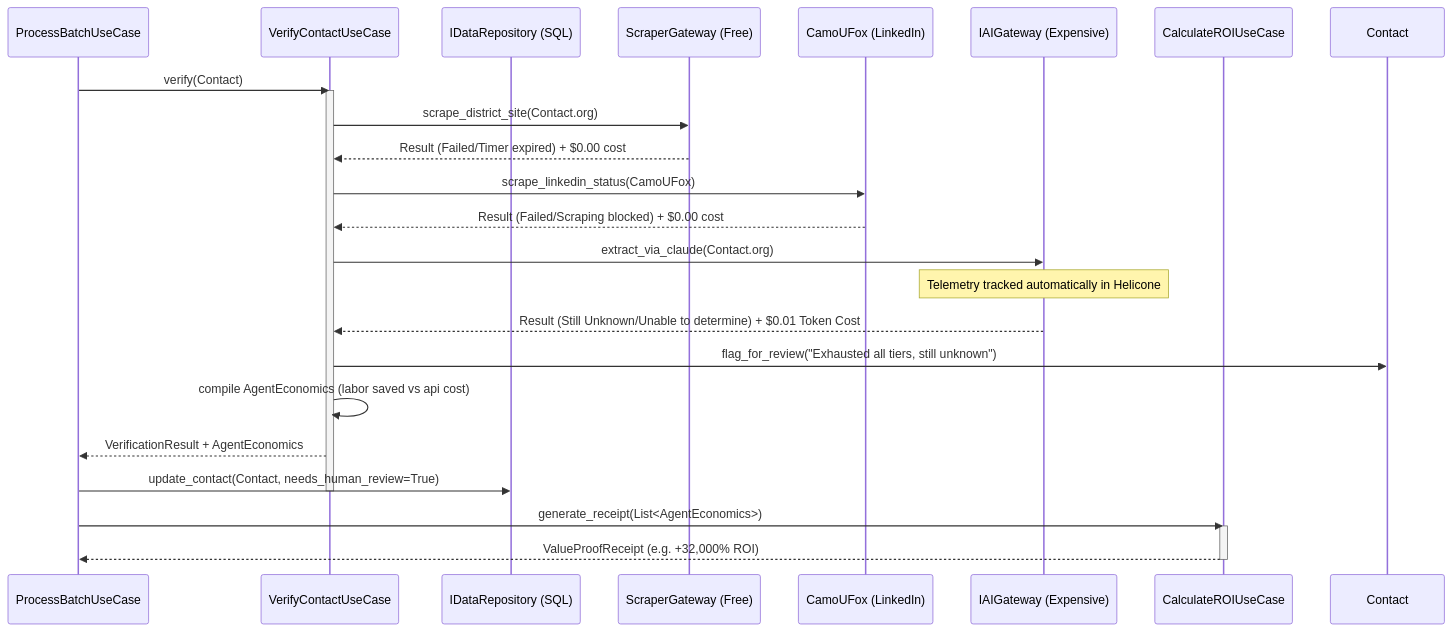
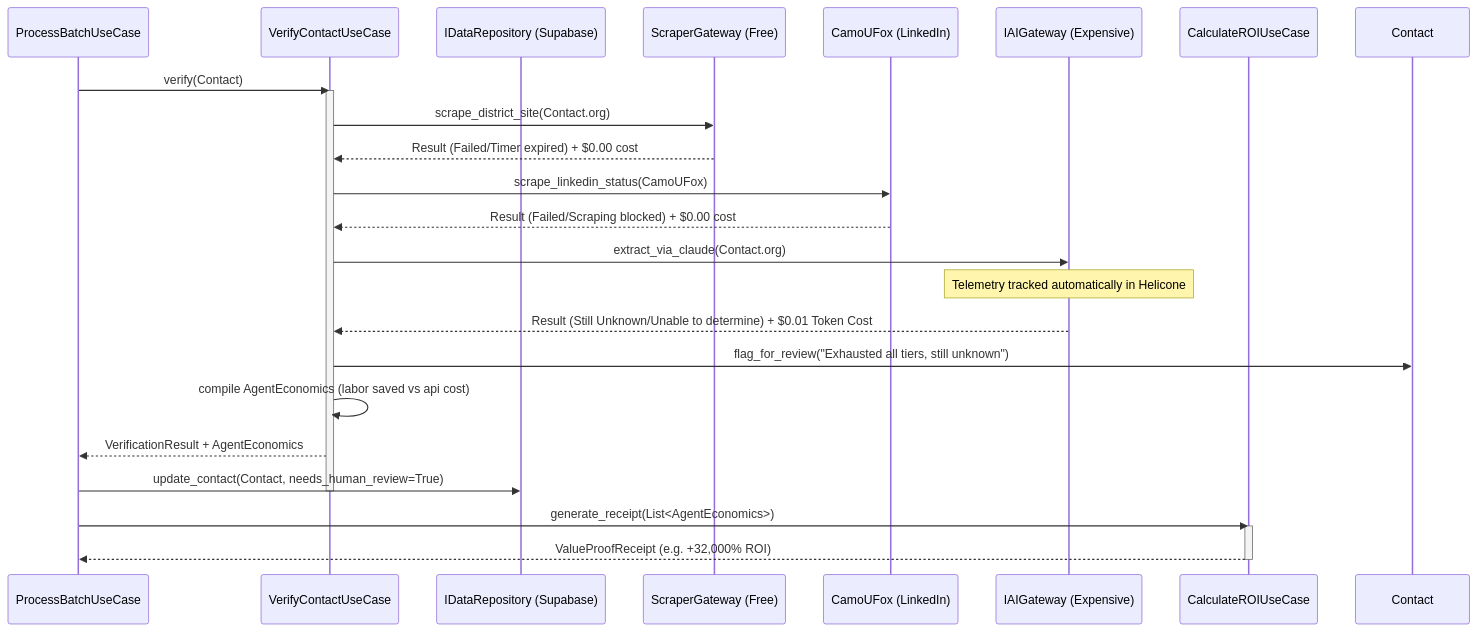
Before and after one commit to 0-robert/com-winner: the fourth of 4 diagrams in PROPOSED_architecture.md, drawn with Mermaid. The commit also changed other lines of this file and 52 other files, not shown here.

````diff
--- a/PROPOSED_architecture.md
+++ b/PROPOSED_architecture.md
@@ -190,40 +189,40 @@
 ```mermaid
 sequenceDiagram
     participant Batch as ProcessBatchUseCase
     participant Verify as VerifyContactUseCase
-    participant DB as IDataRepository (SQL)
+    participant DB as IDataRepository (Supabase)
     participant Tier1 as ScraperGateway (Free)
     participant Tier2 as CamoUFox (LinkedIn)
     participant Tier3 as IAIGateway (Expensive)
     participant ROI as CalculateROIUseCase
     
     Batch->>Verify: verify(Contact)
     activate Verify
     
     %% Cost-Aware Routing: Tier 1
     Verify->>Tier1: scrape_district_site(Contact.org)
     Tier1-->>Verify: Result (Failed/Timer expired) + $0.00 cost
     
     %% Cost-Aware Routing: Tier 2
     Verify->>Tier2: scrape_linkedin_status(CamoUFox)
     Tier2-->>Verify: Result (Failed/Scraping blocked) + $0.00 cost
         
     %% Cost-Aware Routing: Tier 3
     Verify->>Tier3: extract_via_claude(Contact.org)
     Note over Tier3: Telemetry tracked automatically in Helicone
     Tier3-->>Verify: Result (Still Unknown/Unable to determine) + $0.01 Token Cost
     
     %% Flag for Human Review
     Verify->>Contact: flag_for_review("Exhausted all tiers, still unknown")
     
     Verify->>Verify: compile AgentEconomics (labor saved vs api cost)
     Verify-->>Batch: VerificationResult + AgentEconomics
     Batch->>DB: update_contact(Contact, needs_human_review=True)
     deactivate Verify
     
     %% Generate the Value-Proof Receipt
     Batch->>ROI: generate_receipt(List<AgentEconomics>)
     activate ROI
     ROI-->>Batch: ValueProofReceipt (e.g. +32,000% ROI)
     deactivate ROI
 ```
````
